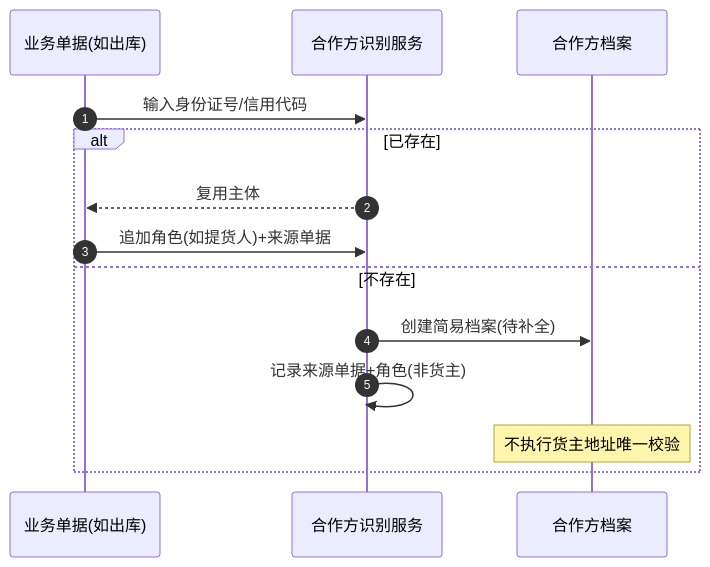
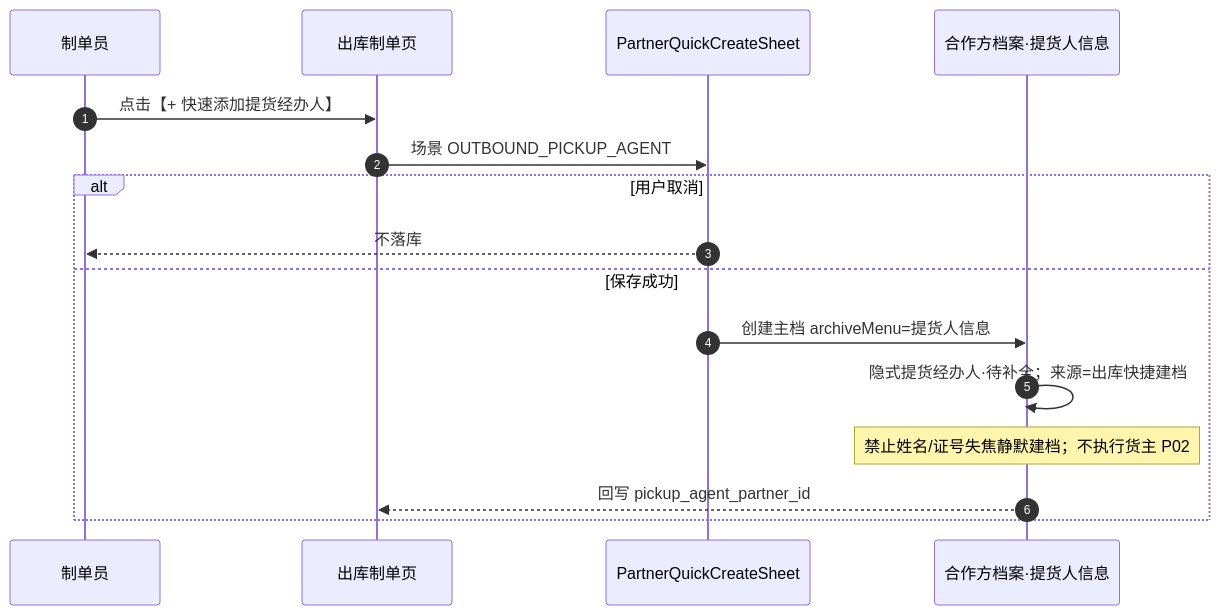
One commit to RobertHuang999/SYZC changed the fourth of 8 diagrams in 02-PRD文档/B-迭代需求/6.3版本（2026.09）/04-合作方档案/合作方档案-业务流程推演.md. Above: the diagram before and after it, drawn with Mermaid. The commit also changed other lines of this file and 163 other files, not shown here.

````diff
--- a/02-PRD文档/B-迭代需求/6.3版本（2026.09）/04-合作方档案/合作方档案-业务流程推演.md
+++ b/02-PRD文档/B-迭代需求/6.3版本（2026.09）/04-合作方档案/合作方档案-业务流程推演.md
@@ -151,17 +158,19 @@
 ```mermaid
 sequenceDiagram
     autonumber
-    participant Doc as 业务单据(如出库)
-    participant PS as 合作方识别服务
-    participant PA as 合作方档案
+    participant Op as 制单员
+    participant Doc as 出库制单页
+    participant QCP as PartnerQuickCreateSheet
+    participant PA as 合作方档案·提货人信息
 
-    Doc->>PS: 输入身份证号/信用代码
-    alt 已存在
-        PS-->>Doc: 复用主体
-        Doc->>PS: 追加角色(如提货人)+来源单据
-    else 不存在
-        PS->>PA: 创建简易档案(待补全)
-        PS->>PS: 记录来源单据+角色(非货主)
-        Note over PA: 不执行货主地址唯一校验
+    Op->>Doc: 点击【+ 快速添加提货经办人】
+    Doc->>QCP: 场景 OUTBOUND_PICKUP_AGENT
+    alt 用户取消
+        QCP-->>Op: 不落库
+    else 保存成功
+        QCP->>PA: 创建主档 archiveMenu=提货人信息
+        PA->>PA: 隐式提货经办人·待补全；来源=出库快捷建档
+        Note over PA: 禁止姓名/证号失焦静默建档；不执行货主 P02
+        PA-->>Doc: 回写 pickup_agent_partner_id
     end
 ```
````
